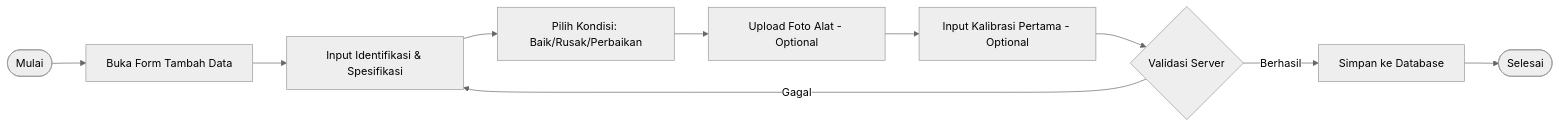
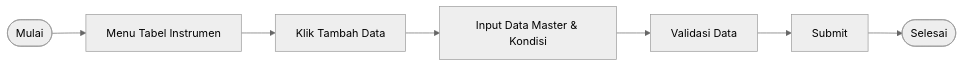
The third of 9 diagrams in bpm_workflow_level_list.md (ebenlimbong/pmn-kalibrasi), drawn with Mermaid (neutral theme) before and after one commit. The commit also changed other lines of this file and 1 other file, not shown here.

Commit message:
docs: selaraskan format tabel rincian proses bisnis 100% persis dengan standar blueprint inalum

````diff
--- a/bpm_workflow_level_list.md
+++ b/bpm_workflow_level_list.md
@@ -66,12 +54,4 @@
 ```mermaid
 flowchart LR
-    A([Mulai]) --> B[Buka Form Tambah Data]
-    B --> C[Input Identifikasi & Spesifikasi]
-    C --> D[Pilih Kondisi: Baik/Rusak/Perbaikan]
-    D --> E[Upload Foto Alat - Optional]
-    E --> F[Input Kalibrasi Pertama - Optional]
-    F --> G{Validasi Server}
-    G -->|Gagal| C
-    G -->|Berhasil| H[Simpan ke Database]
-    H --> I([Selesai])
+    A([Mulai]) --> B[Menu Tabel Instrumen] --> C[Klik Tambah Data] --> D[Input Data Master & Kondisi] --> E[Validasi Data] --> F[Submit] --> G([Selesai])
 ```
````
